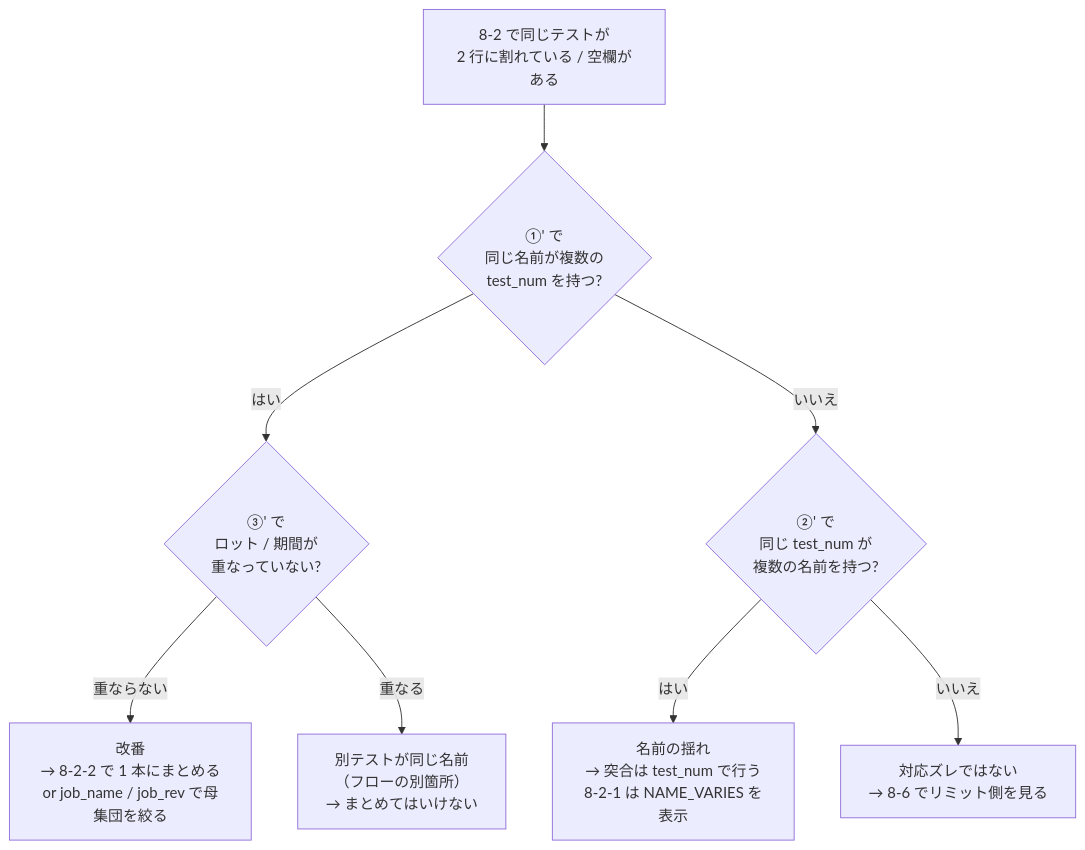
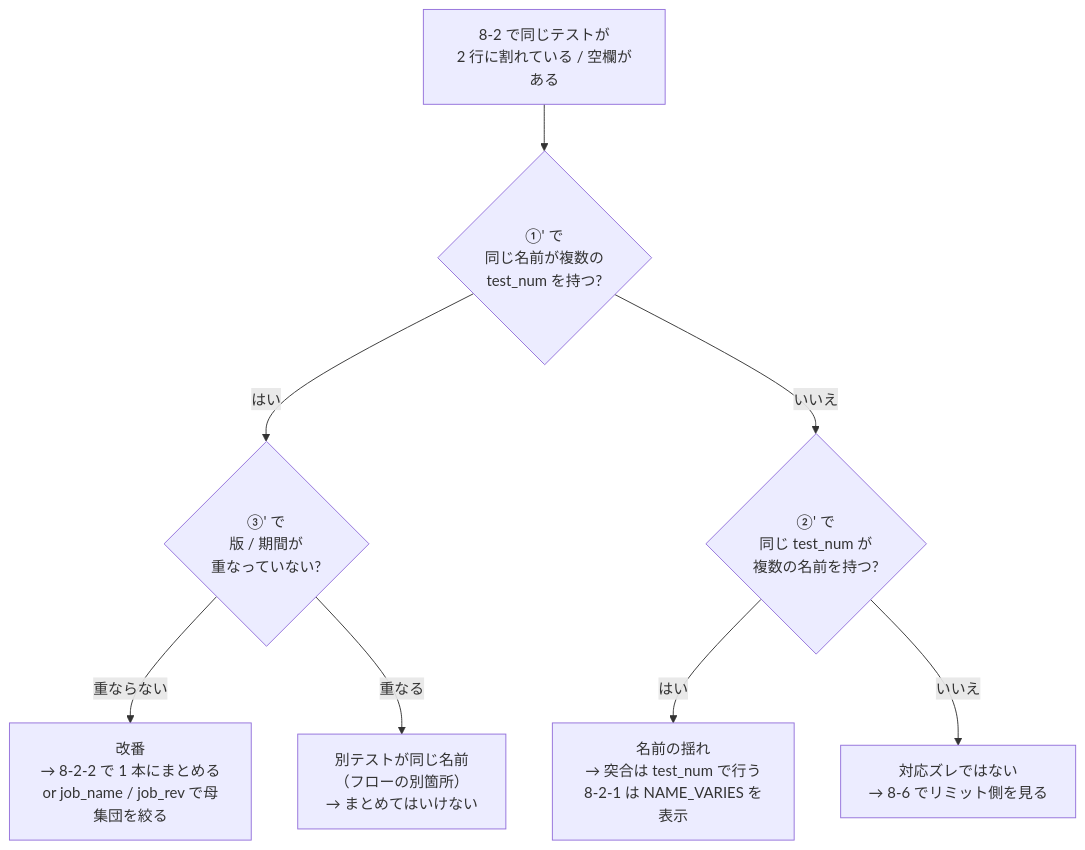
Before and after one commit to Kei0bb/STDF: the sixth of 6 diagrams in docs/sample_queries.md, drawn with Mermaid. The commit also changed other lines of this file, not shown here.

````diff
--- a/docs/sample_queries.md
+++ b/docs/sample_queries.md
@@ -2477,10 +2590,10 @@
 ```mermaid
 flowchart TD
     Q["8-2 で同じテストが<br/>2 行に割れている / 空欄がある"] --> A{"①' で<br/>同じ名前が複数の<br/>test_num を持つ?"}
-    A -->|"はい"| R{"③' で<br/>ロット / 期間が<br/>重なっていない?"}
+    A -->|"はい"| R{"③' で<br/>版 / 期間が<br/>重なっていない?"}
     R -->|"重ならない"| C1["改番<br/>→ 8-2-2 で 1 本にまとめる<br/>or job_name / job_rev で母集団を絞る"]
     R -->|"重なる"| C2["別テストが同じ名前<br/>（フローの別箇所）<br/>→ まとめてはいけない"]
     A -->|"いいえ"| B{"②' で<br/>同じ test_num が<br/>複数の名前を持つ?"}
     B -->|"はい"| C3["名前の揺れ<br/>→ 突合は test_num で行う<br/>8-2-1 は NAME_VARIES を表示"]
     B -->|"いいえ"| C4["対応ズレではない<br/>→ 8-6 でリミット側を見る"]
 ```
````
